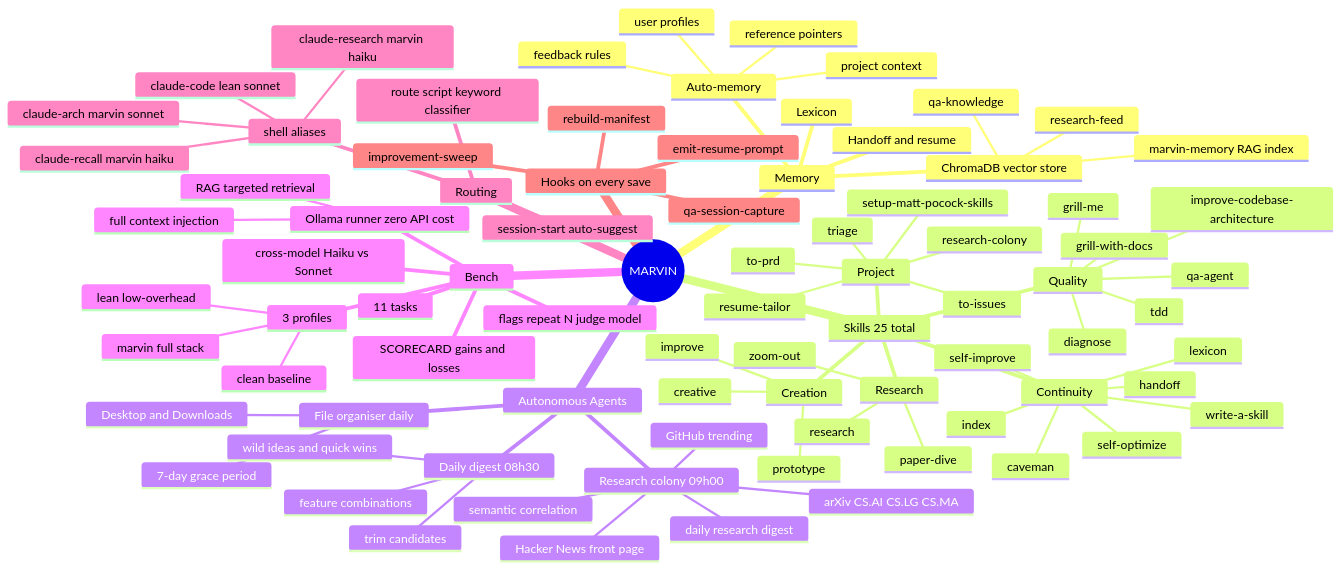
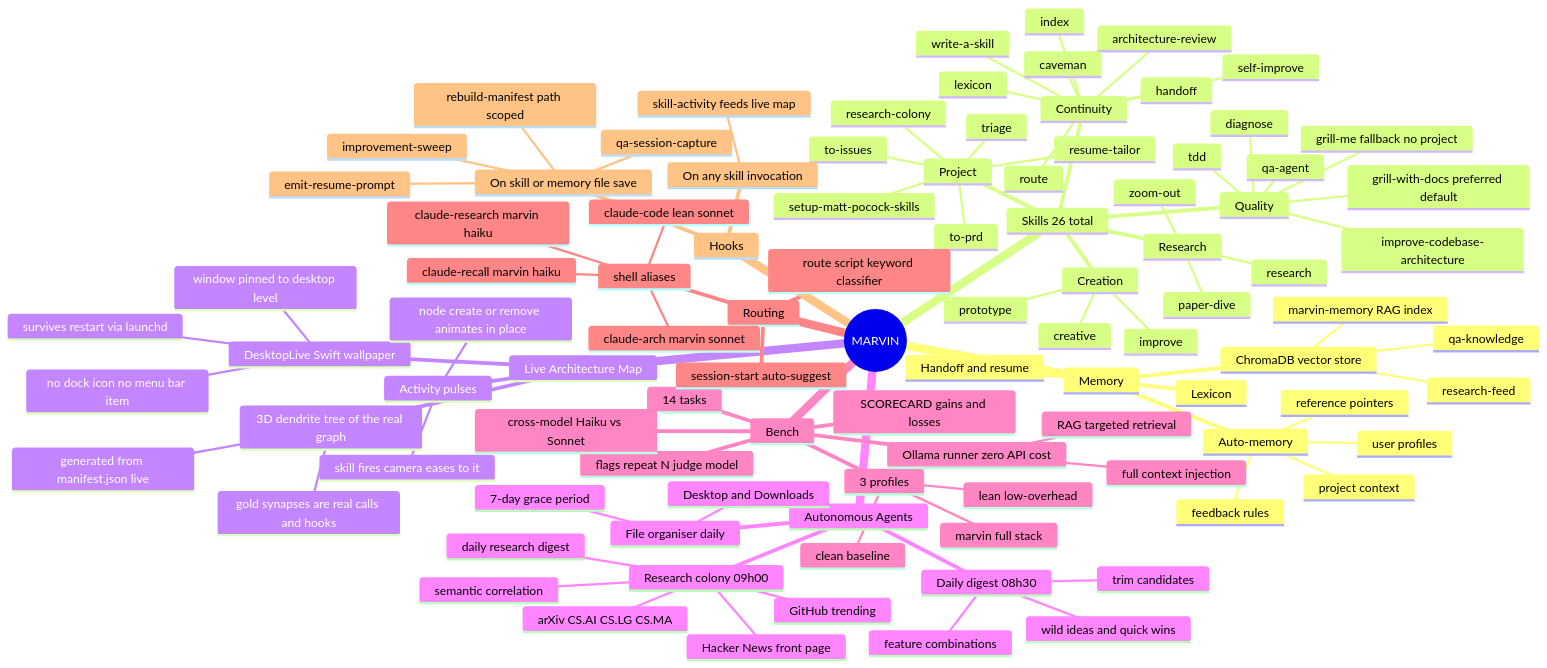
The diagram in README.md (G-Eskayo/marvin), drawn with Mermaid before and after one commit. The commit also changed other lines of this file and 1 other file, not shown here.

````diff
--- a/README.md
+++ b/README.md
@@ -28,13 +28,13 @@
         reference pointers
       Lexicon
       Handoff and resume
-    Skills 25 total
+    Skills 26 total
       Quality
         diagnose
+        grill-with-docs preferred default
+        grill-me fallback no project
         tdd
         qa-agent
-        grill-me
-        grill-with-docs
         improve-codebase-architecture
       Research
         research
@@ -48,10 +48,11 @@
         handoff
         index
         self-improve
-        self-optimize
+        architecture-review
         write-a-skill
         caveman
         lexicon
+        route
       Project
         setup-matt-pocock-skills
         triage
@@ -59,6 +60,17 @@
         to-prd
         resume-tailor
         research-colony
+    Live Architecture Map
+      3D dendrite tree of the real graph
+        generated from manifest.json live
+        gold synapses are real calls and hooks
+      DesktopLive Swift wallpaper
+        window pinned to desktop level
+        no dock icon no menu bar item
+        survives restart via launchd
+      Activity pulses
+        skill fires camera eases to it
+        node create or remove animates in place
     Autonomous Agents
       Daily digest 08h30
         feature combinations
@@ -74,7 +86,7 @@
         Desktop and Downloads
         7-day grace period
     Bench
-      11 tasks
+      14 tasks
       3 profiles
         clean baseline
         lean low-overhead
@@ -93,9 +105,12 @@
         claude-research marvin haiku
         claude-arch marvin sonnet
       session-start auto-suggest
-    Hooks on every save
-      rebuild-manifest
-      emit-resume-prompt
-      qa-session-capture
-      improvement-sweep
+    Hooks
+      On skill or memory file save
+        rebuild-manifest path scoped
+        emit-resume-prompt
+        qa-session-capture
+        improvement-sweep
+      On any skill invocation
+        skill-activity feeds live map
 ```
````
